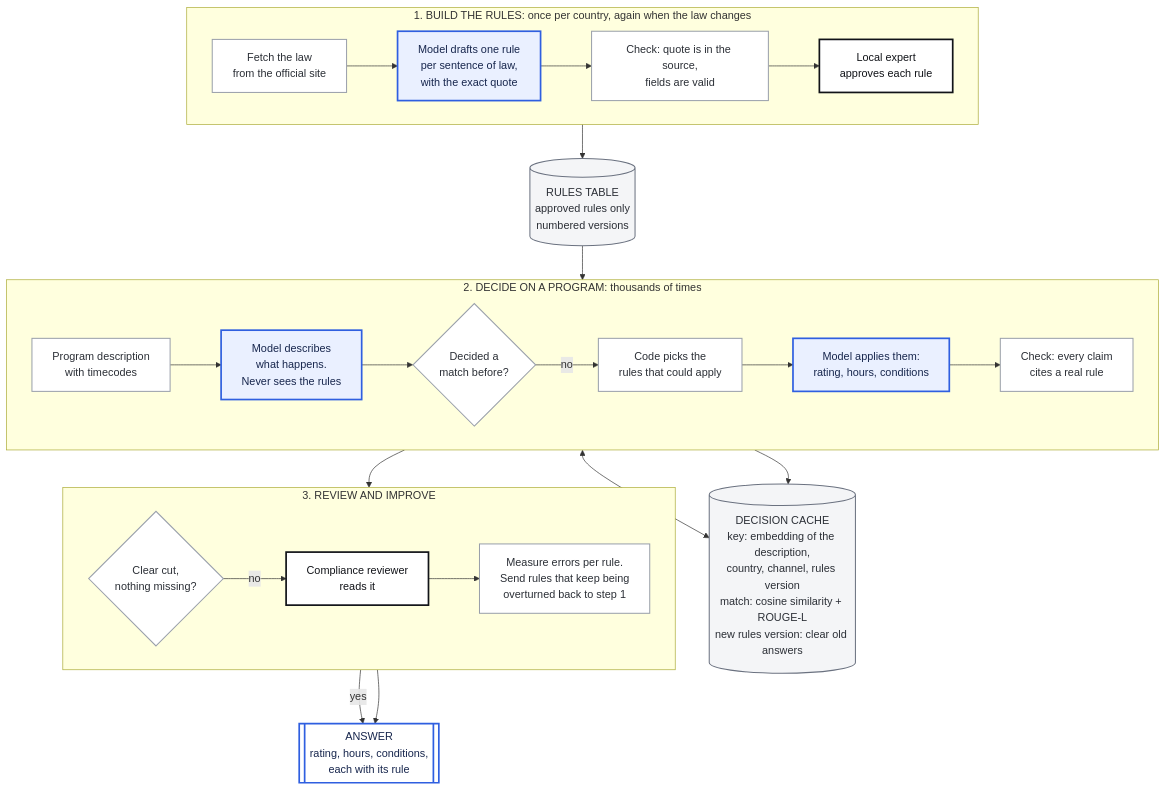
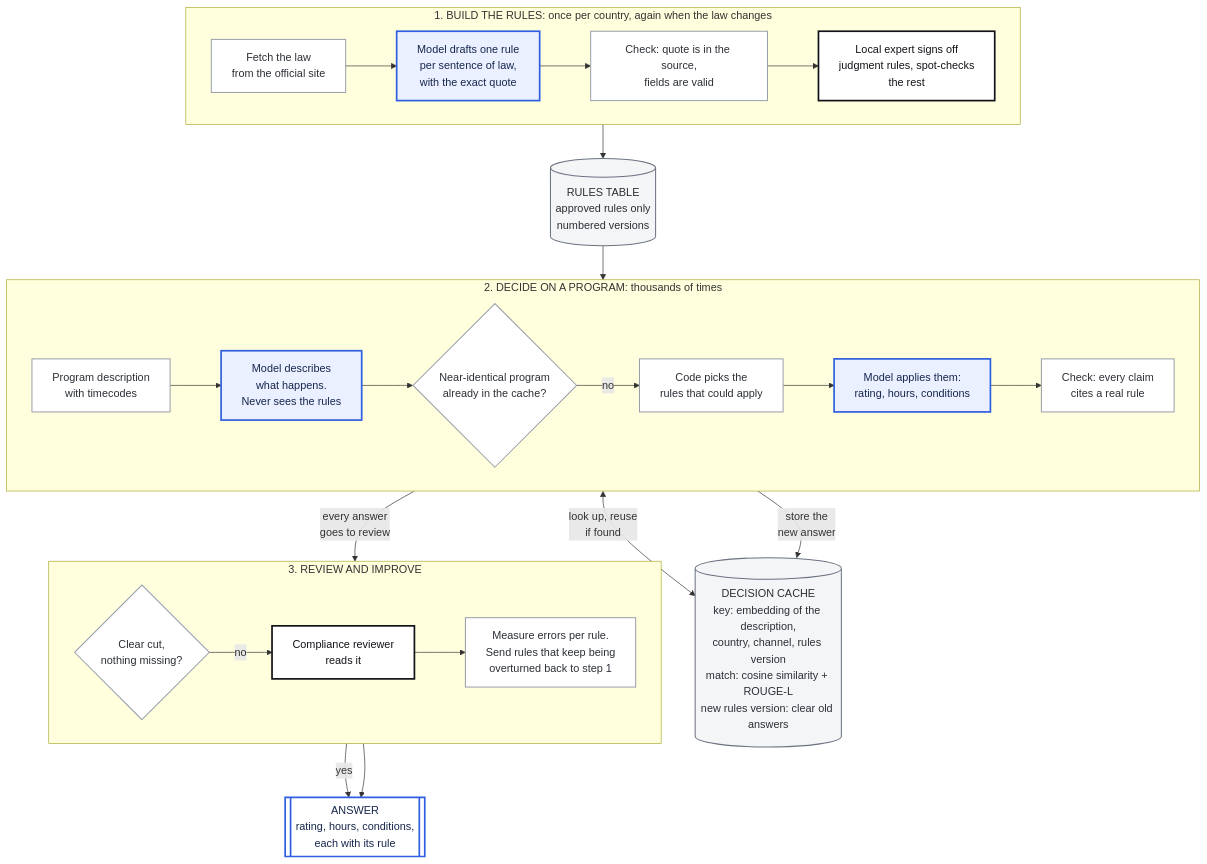
Before and after one commit to tpeckerman/paramount_assignment: the diagram in out_of_scope/docs/process_diagram.md, drawn with Mermaid. The commit also changed 3 other files, not shown here.

First line of the commit message:
Diagram: expert signs off judgment rules only; clearer cache and review labels

````diff
--- a/out_of_scope/docs/process_diagram.md
+++ b/out_of_scope/docs/process_diagram.md
@@ -5,51 +5,51 @@
 ```mermaid
 flowchart TB
 
   subgraph L1 ["1. BUILD THE RULES: once per country, again when the law changes"]
     direction LR
     A1["Fetch the law<br/>from the official site"]:::code
     A2["Model drafts one rule<br/>per sentence of law,<br/>with the exact quote"]:::llm
     A3["Check: quote is in the source,<br/>fields are valid"]:::code
-    A4["Local expert<br/>approves each rule"]:::person
+    A4["Local expert signs off<br/>judgment rules, spot-checks<br/>the rest"]:::person
     A1 --> A2 --> A3 --> A4
   end
 
   DB[("RULES TABLE<br/>approved rules only<br/>numbered versions")]:::store
   A4 --> DB
 
   subgraph L2 ["2. DECIDE ON A PROGRAM: thousands of times"]
     direction LR
     B1["Program description<br/>with timecodes"]:::code
     B2["Model describes<br/>what happens.<br/>Never sees the rules"]:::llm
-    B3{"Decided a<br/>match before?"}:::code
+    B3{"Near-identical program<br/>already in the cache?"}:::code
     B4["Code picks the<br/>rules that could apply"]:::code
     B5["Model applies them:<br/>rating, hours, conditions"]:::llm
     B6["Check: every claim<br/>cites a real rule"]:::code
     B1 --> B2 --> B3
     B3 -- "no" --> B4 --> B5 --> B6
   end
 
   CACHE[("DECISION CACHE<br/>key: embedding of the description,<br/>country, channel, rules version<br/>match: cosine similarity + ROUGE-L<br/>new rules version: clear old answers")]:::store
   DB --> B4
-  B3 <--> CACHE
-  B6 --> CACHE
+  B3 <-- "look up, reuse<br/>if found" --> CACHE
+  B6 -- "store the<br/>new answer" --> CACHE
 
   subgraph L3 ["3. REVIEW AND IMPROVE"]
     direction LR
     C1{"Clear cut,<br/>nothing missing?"}:::code
     C2["Compliance reviewer<br/>reads it"]:::person
     C3["Measure errors per rule.<br/>Send rules that keep being<br/>overturned back to step 1"]:::code
     C1 -- "no" --> C2 --> C3
   end
 
   OUT[["ANSWER<br/>rating, hours, conditions,<br/>each with its rule"]]:::out
-  B6 --> C1
+  B6 -- "every answer<br/>goes to review" --> C1
   C1 -- "yes" --> OUT
   C2 --> OUT
 
   classDef llm fill:#eaf0ff,stroke:#2f5fe0,stroke-width:2.5px,color:#17264d
   classDef code fill:#ffffff,stroke:#9aa0ab,stroke-width:1.5px,color:#2b2f36
   classDef person fill:#ffffff,stroke:#111318,stroke-width:2.5px,color:#111318
   classDef store fill:#f4f5f7,stroke:#6b7280,stroke-width:1.5px,color:#2b2f36
   classDef out fill:#ffffff,stroke:#2f5fe0,stroke-width:2.5px,color:#17264d
 ```
````
